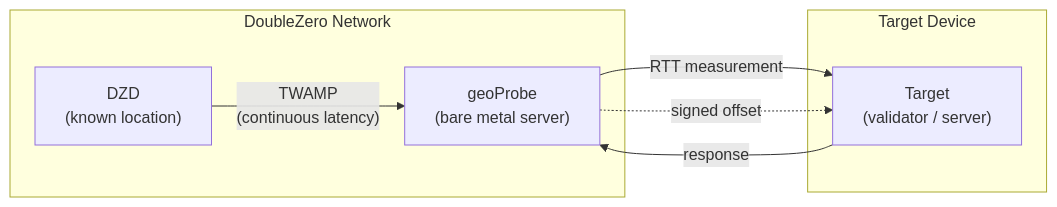
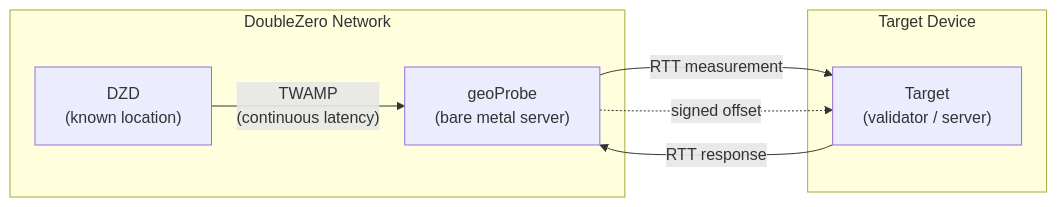
The first of 3 diagrams in docs/geolocation.md (malbeclabs/docs), drawn with Mermaid before and after one commit. The commit also changed 2 other files, not shown here.

````diff
--- a/docs/geolocation.md
+++ b/docs/geolocation.md
@@ -11,16 +11,16 @@
 ```mermaid
 flowchart LR
      subgraph DZ["DoubleZero Network"]
          DZD["DZD\n(known location)"]
          Probe["geoProbe\n(bare metal server)"]
          DZD -- "TWAMP\n(continuous latency)" --> Probe
      end
 
      subgraph Target["Target Device"]
          T["Target\n(validator / server)"]
      end
 
      Probe -- "RTT measurement" --> T
-     T -- "response" --> Probe
+     T -- "RTT response" --> Probe
      Probe -. "signed offset" .-> T
 ```
````
